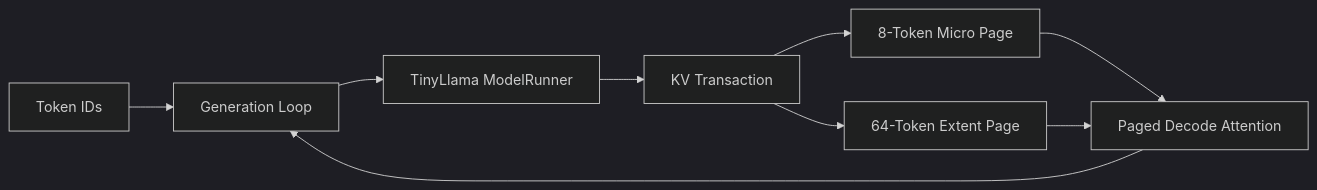
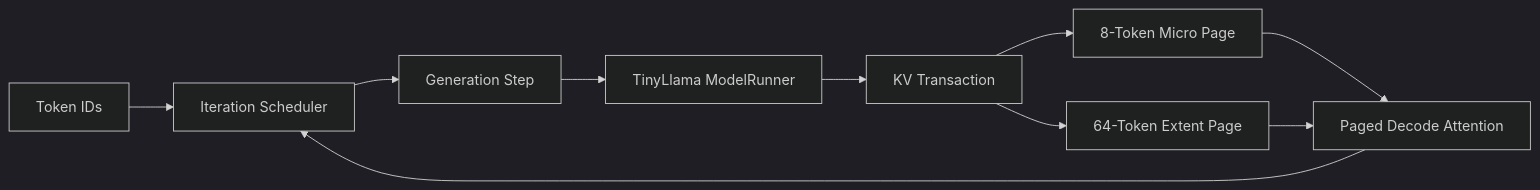
The diagram in README.md (kimxinw/kim-kvcache), drawn with Mermaid (dark theme) before and after one commit. The commit also changed other lines of this file and 9 other files, not shown here.

Commit message:
feat(engine): 实现 mini Iteration Scheduler

````diff
--- a/README.md
+++ b/README.md
@@ -6,11 +7,12 @@
 ```mermaid
 graph LR
-    A[Token IDs] --> B[Generation Loop]
-    B --> C[TinyLlama ModelRunner]
-    C --> D[KV Transaction]
-    D --> E[8-Token Micro Page]
-    D --> F[64-Token Extent Page]
-    E --> G[Paged Decode Attention]
-    F --> G
-    G --> B
+    A[Token IDs] --> B[Iteration Scheduler]
+    B --> C[Generation Step]
+    C --> D[TinyLlama ModelRunner]
+    D --> E[KV Transaction]
+    E --> F[8-Token Micro Page]
+    E --> G[64-Token Extent Page]
+    F --> H[Paged Decode Attention]
+    G --> H
+    H --> B
 ```
````
